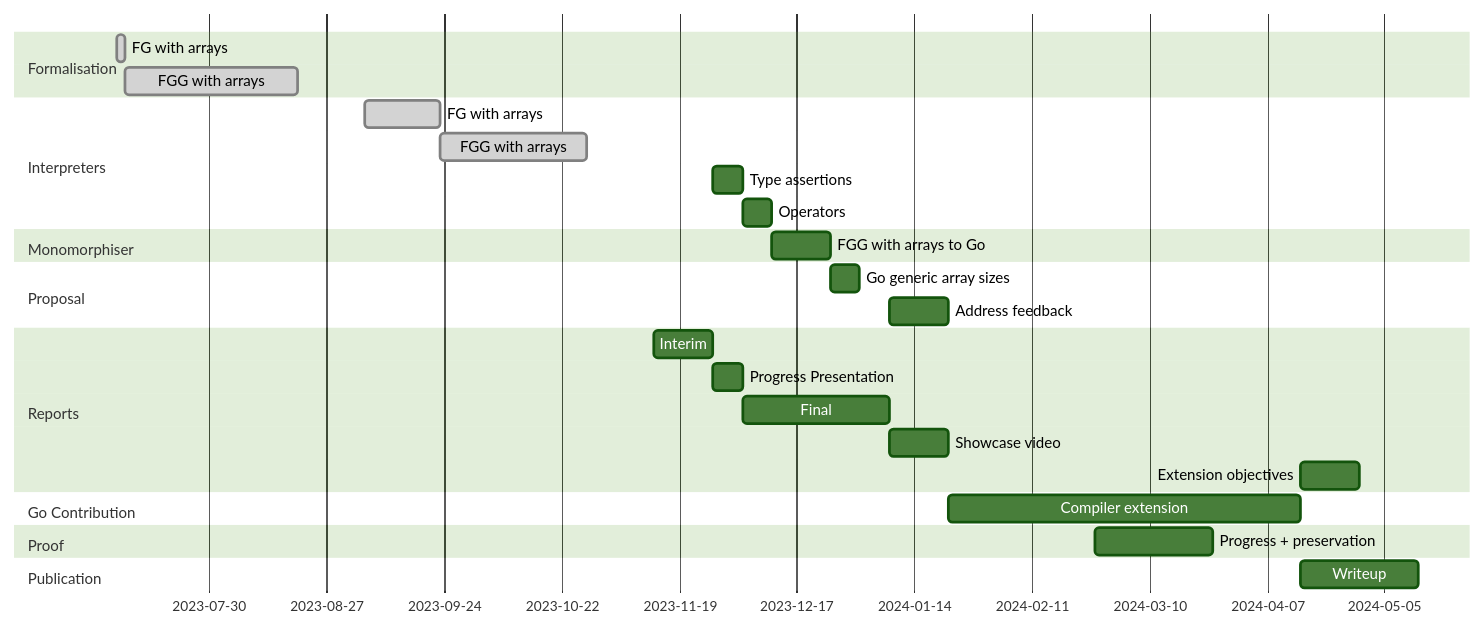
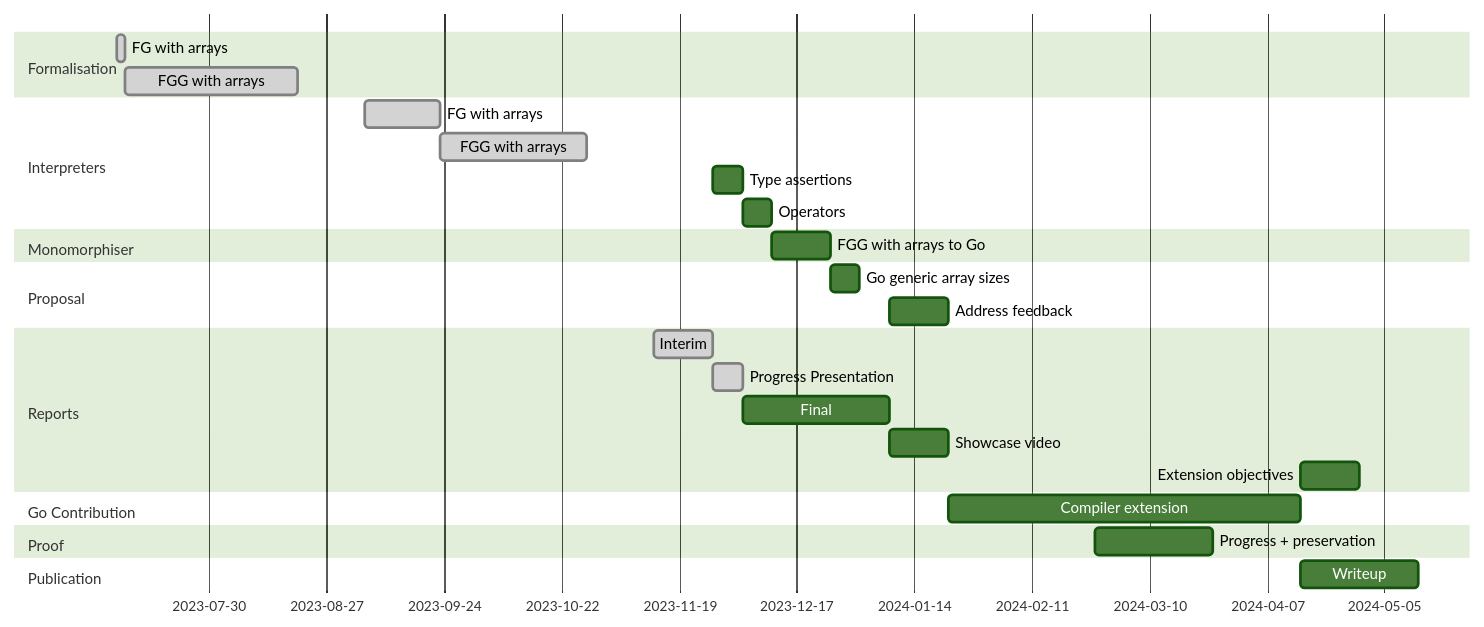
Before and after one commit to dawidl022/go-const-generics: the diagram in deliverables/2-report/project-plan.mmd, drawn with Mermaid (forest theme). The commit also changed 6 other files, not shown here.

```diff
--- a/deliverables/2-report/project-plan.mmd
+++ b/deliverables/2-report/project-plan.mmd
@@ -1,28 +1,28 @@
 gantt
     tickInterval 4week
     dateFormat  YYYY-MM-DD
     section Formalisation
         FG with arrays :done, 2023-07-08, 2023-07-10
         FGG with arrays :done, 2023-07-10, 2023-08-20
     section Interpreters
         FG with arrays :done, 2023-09-05,2023-09-23
         FGG with arrays :done, fggi, 2023-09-23, 5w
         Type assertions :tai, after interim, 1w
         Operators :op, after tai, 1w
     section Monomorphiser
         FGG with arrays to Go :fggm, after op, 2w
     section Proposal
         Go generic array sizes :after fggm, 1w
         Address feedback :feedback, after report, 2w
     section Reports
-        Interim :interim, 2023-11-13, 2023-11-27
-        Progress Presentation :progress, after interim, 2023-12-04
+        Interim :done, interim, 2023-11-13, 2023-11-27
+        Progress Presentation :done, progress, after interim, 2023-12-04
         Final :report, after progress, 5w
         Showcase video :after report, 2w
         Extension objectives :after compiler, 2w
     section Go Contribution
         Compiler extension :compiler, after feedback, 12w
     section Proof
         Progress + preservation :2024-02-26, 4w
     section Publication
         Writeup :after compiler, 4w
```
